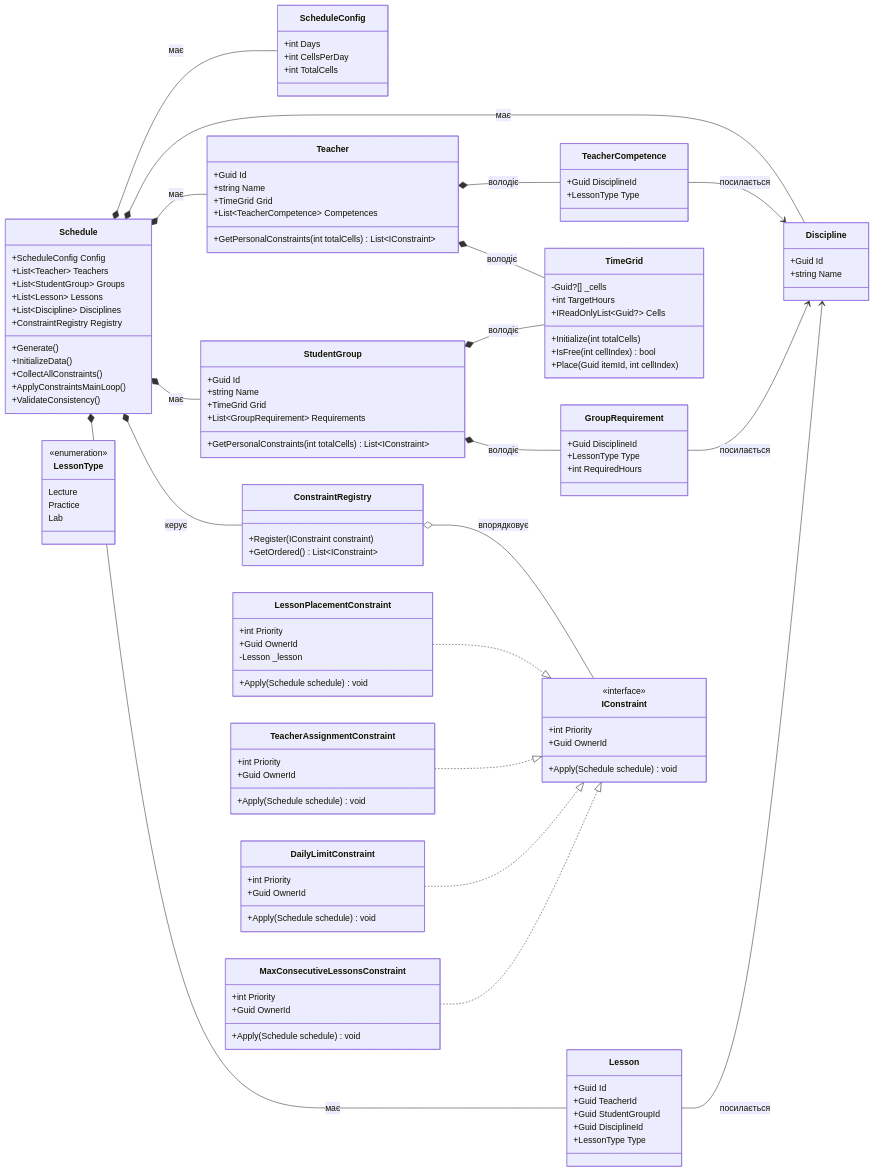
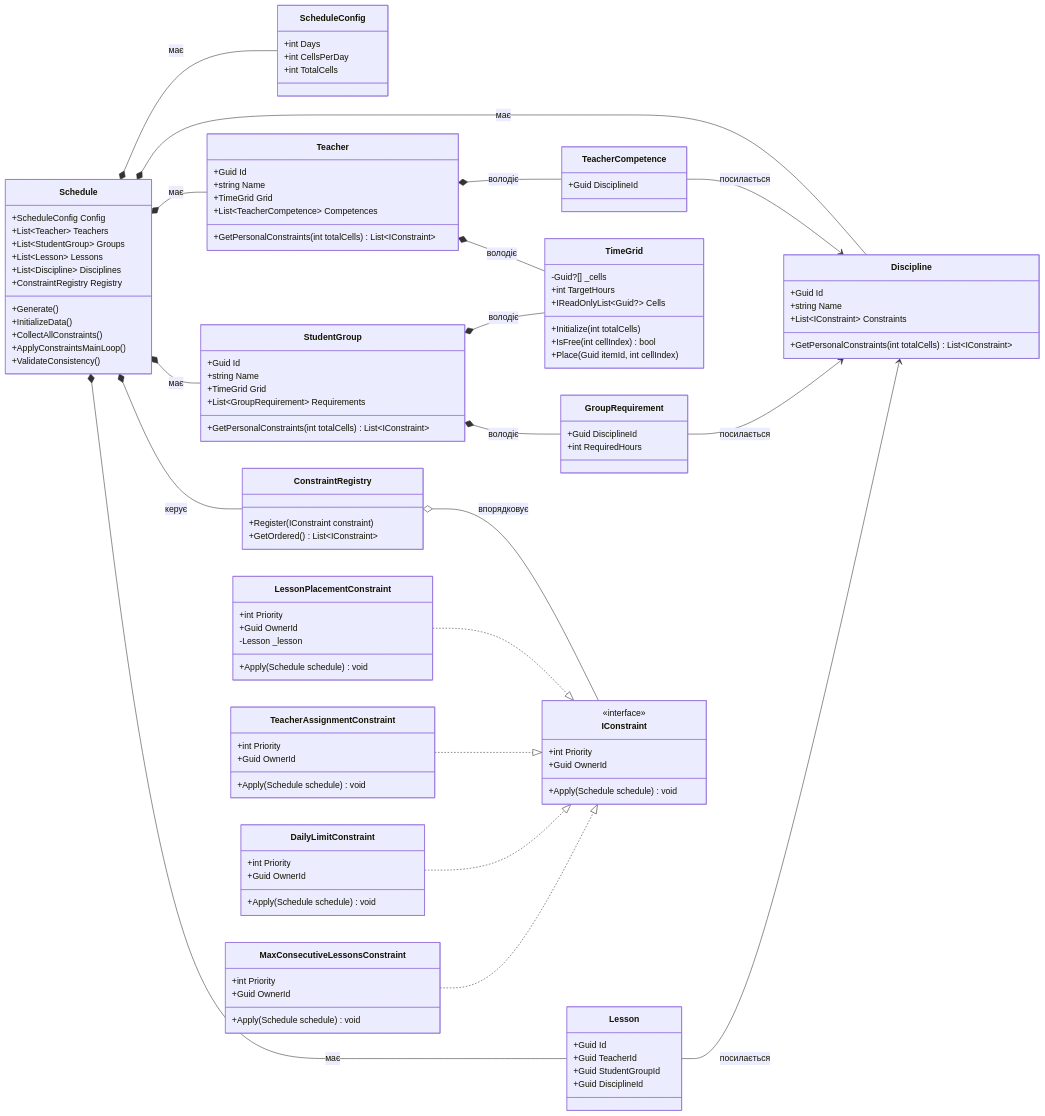
The first of 4 diagrams in README.md (WDYT32/Lab1MAUI), drawn with Mermaid before and after one commit. The commit also changed other lines of this file and 48 other files, not shown here.

```diff
--- a/README.md
+++ b/README.md
@@ -46,24 +46,17 @@
     class Discipline {
         +Guid Id
         +string Name
-    }
-
-    class LessonType {
-        <<enumeration>>
-        Lecture
-        Practice
-        Lab
+        +List~IConstraint~ Constraints
+        +GetPersonalConstraints(int totalCells) List~IConstraint~
     }
 
     class GroupRequirement {
         +Guid DisciplineId
-        +LessonType Type
         +int RequiredHours
     }
 
     class TeacherCompetence {
         +Guid DisciplineId
-        +LessonType Type
     }
 
     %% Компонент розкладу (Композиція)
@@ -98,7 +91,6 @@
         +Guid TeacherId
         +Guid StudentGroupId
         +Guid DisciplineId
-        +LessonType Type
     }
 
     %% Система обмежень
```
